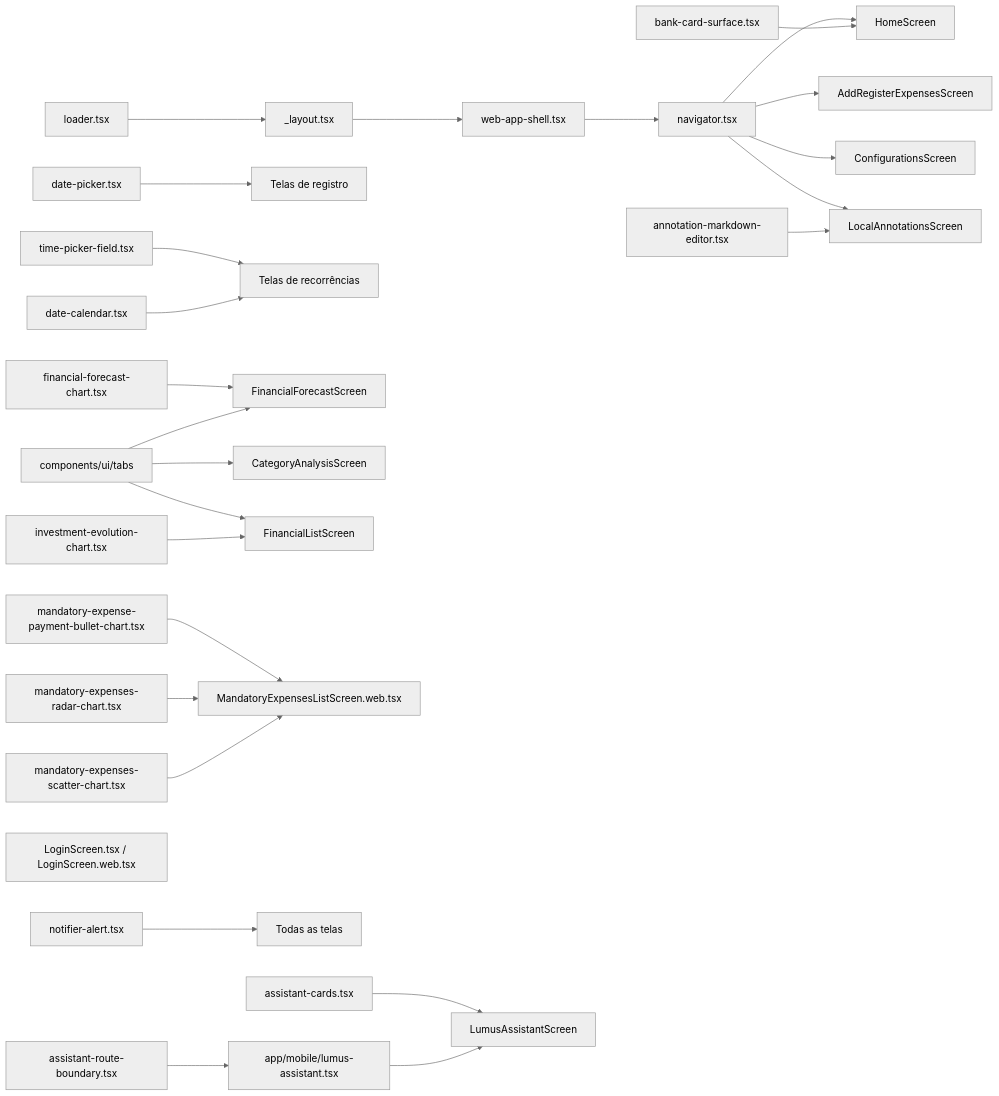
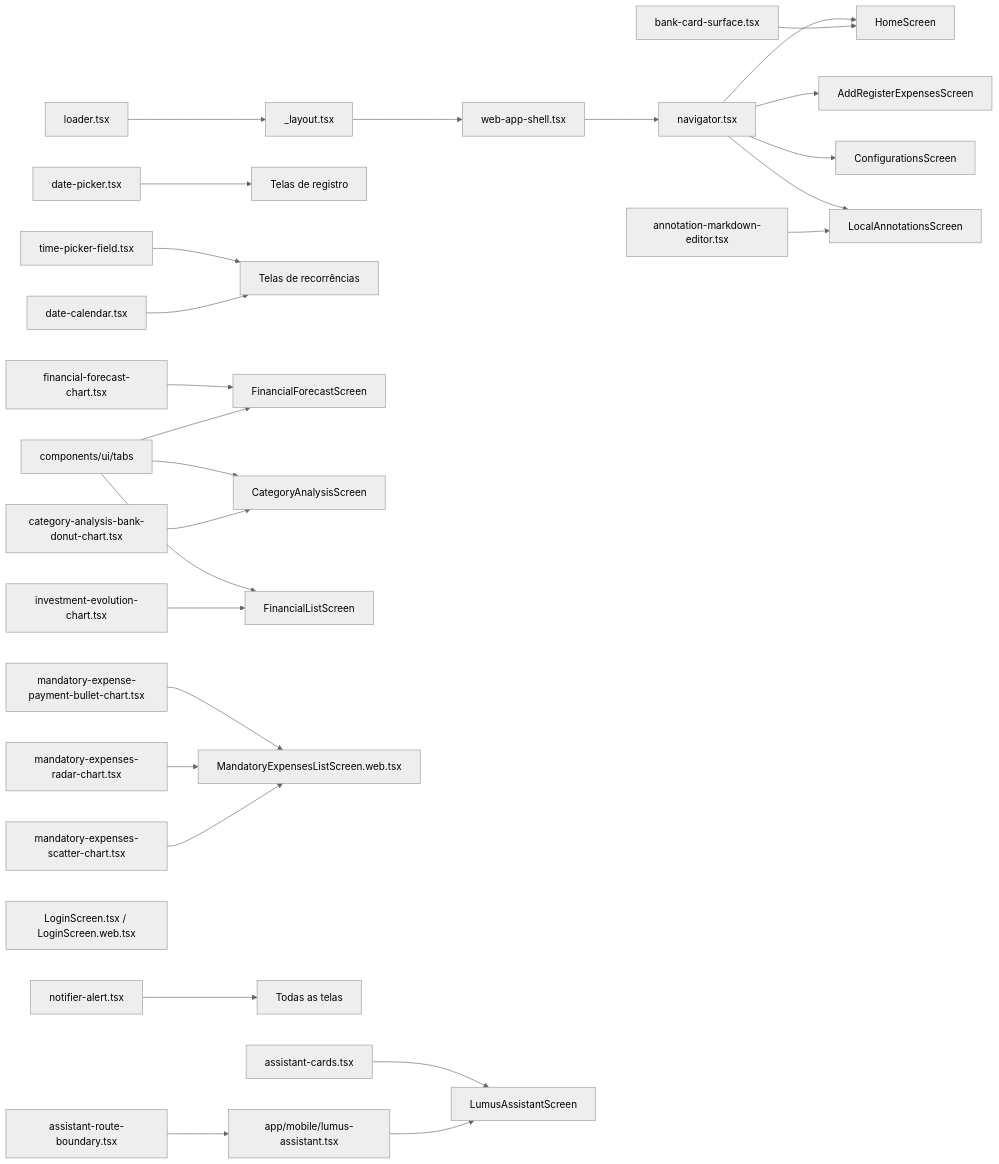
One commit to gabrielmazz/finances-app changed the diagram in Arquitetura/Componentes UI.md. Above: the diagram before and after it, drawn with Mermaid (neutral theme). The commit also changed other lines of this file and 53 other files, not shown here.

````diff
--- a/Arquitetura/Componentes UI.md
+++ b/Arquitetura/Componentes UI.md
@@ -120,28 +122,29 @@
 ```mermaid
 graph LR
     NAV[navigator.tsx] --> HOME[HomeScreen]
     LAYOUT["app-root.tsx"] --> WSH[web-app-shell.tsx]
     WSH --> NAV
     NAV --> CTRL[AddRegisterExpensesScreen]
     NAV --> CFG[ConfigurationsScreen]
     NAV --> ANS[LocalAnnotationsScreen]
     AME[annotation-markdown-editor.tsx] --> ANS
     BCS[bank-card-surface.tsx] --> HOME
     DP[date-picker.tsx] --> REG[Telas de registro]
     TP[time-picker-field.tsx] --> MAN[Telas de recorrências]
     FFC[financial-forecast-chart.tsx] --> FFS[FinancialForecastScreen]
     TABS[components/ui/tabs] --> FFS
     TABS --> CAS[CategoryAnalysisScreen]
+    CADC[category-analysis-bank-donut-chart.tsx] --> CAS
     TABS --> FLS[FinancialListScreen]
     IEC[investment-evolution-chart.tsx] --> FLS[FinancialListScreen]
     DC[date-calendar.tsx] --> MAN[Telas de recorrências]
     PEBC[mandatory-expense-payment-bullet-chart.tsx] --> MEL[MandatoryExpensesListScreen.web.tsx]
     PERC[mandatory-expenses-radar-chart.tsx] --> MEL
     PESC[mandatory-expenses-scatter-chart.tsx] --> MEL
     NA[notifier-alert.tsx] --> ALL[Todas as telas]
     LOG[LoginScreen.tsx / LoginScreen.web.tsx]
     LDR[loader.tsx] --> LAYOUT["_layout.tsx"]
     LAC[assistant-cards.tsx] --> LAS[LumusAssistantScreen]
     ARB[assistant-route-boundary.tsx] --> LAR[app/mobile/lumus-assistant.tsx]
     LAR --> LAS
 ```
````
